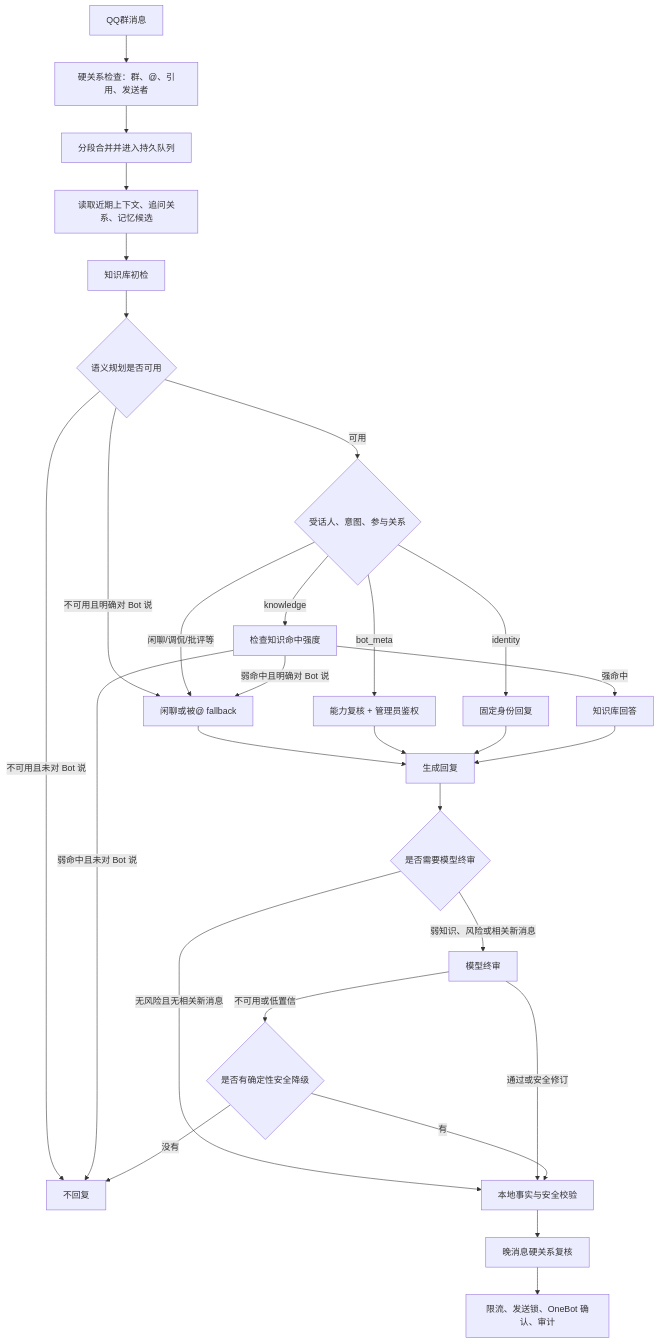
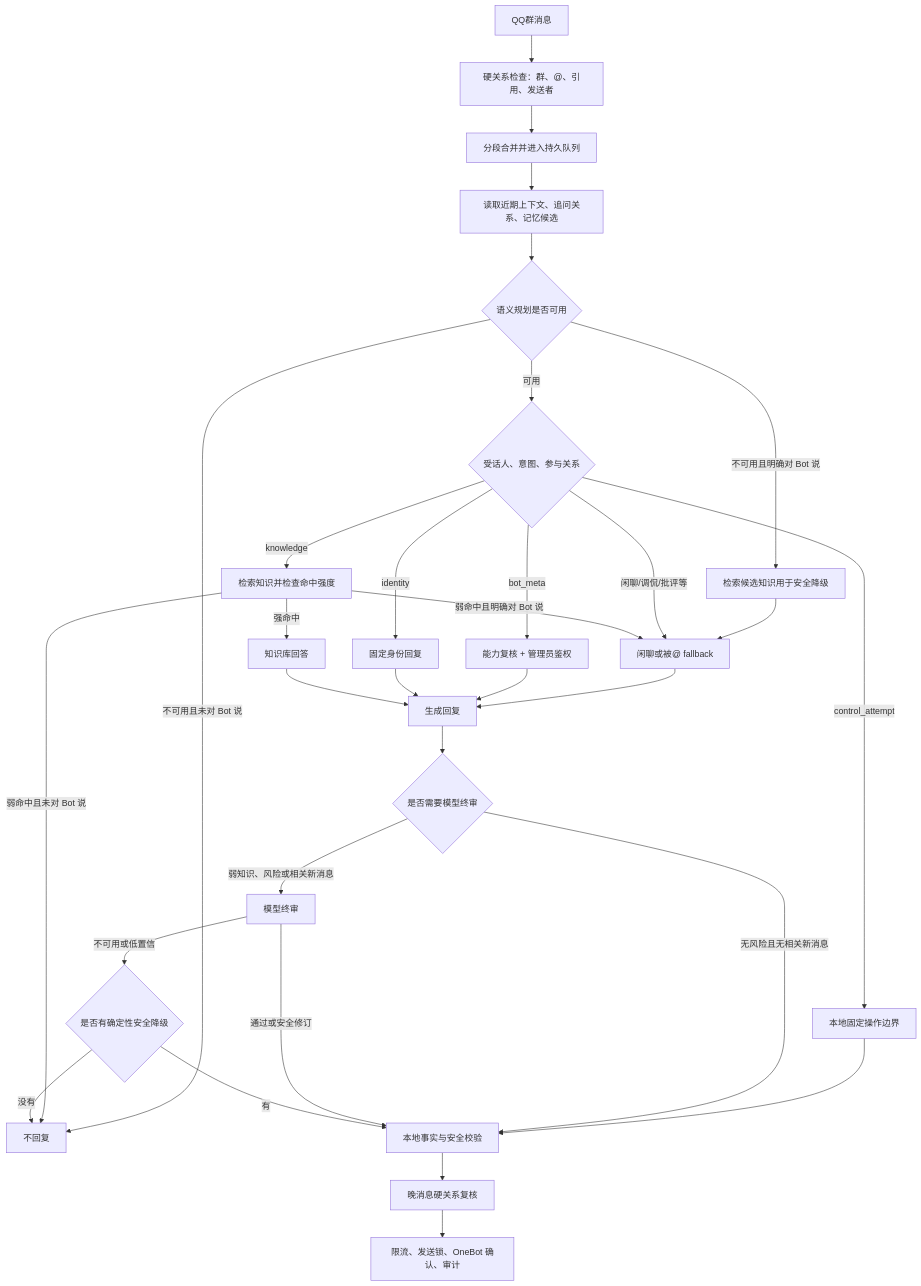
Before and after one commit to ghd7301/QQbot-SquadGroup: the first of 2 diagrams in docs/message-routing-and-queue.md, drawn with Mermaid. The commit also changed other lines of this file and 5 other files, not shown here.

````diff
--- a/docs/message-routing-and-queue.md
+++ b/docs/message-routing-and-queue.md
@@ -9,31 +9,33 @@
 ```mermaid
 flowchart TD
     A["QQ群消息"] --> B["硬关系检查：群、@、引用、发送者"]
     B --> C["分段合并并进入持久队列"]
     C --> D["读取近期上下文、追问关系、记忆候选"]
-    D --> E["知识库初检"]
-    E --> F{"语义规划是否可用"}
+    D --> F{"语义规划是否可用"}
     F -->|可用| G{"受话人、意图、参与关系"}
-    F -->|不可用且明确对 Bot 说| I["受保护 fallback"]
+    F -->|不可用且明确对 Bot 说| E["检索候选知识用于安全降级"]
     F -->|不可用且未对 Bot 说| M["不回复"]
-    G -->|knowledge| H["检查知识命中强度"]
+    E --> I["受保护 fallback"]
+    G -->|knowledge| H["检索知识并检查命中强度"]
     G -->|闲聊/调侃/批评等| I["闲聊或被@ fallback"]
     G -->|bot_meta| J["能力复核 + 管理员鉴权"]
+    G -->|control_attempt| U["本地固定操作边界"]
     G -->|identity| K["固定身份回复"]
     H -->|强命中| L["知识库回答"]
     H -->|弱命中且明确对 Bot 说| I
     H -->|弱命中且未对 Bot 说| M["不回复"]
     I --> N["生成回复"]
     J --> N
     K --> N
     L --> N
+    U --> P
     N --> O{"是否需要模型终审"}
     O -->|无风险且无相关新消息| P["本地事实与安全校验"]
     O -->|弱知识、风险或相关新消息| Q["模型终审"]
     Q -->|通过或安全修订| P
     Q -->|不可用或低置信| R{"是否有确定性安全降级"}
     R -->|有| P
     R -->|没有| M
     P --> S["晚消息硬关系复核"]
     S --> T["限流、发送锁、OneBot 确认、审计"]
 ```
````
